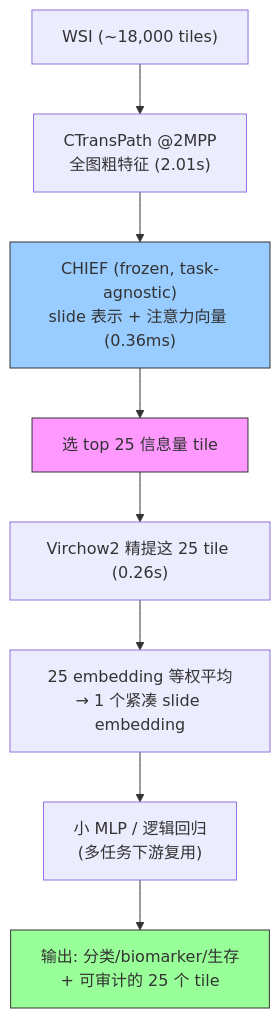
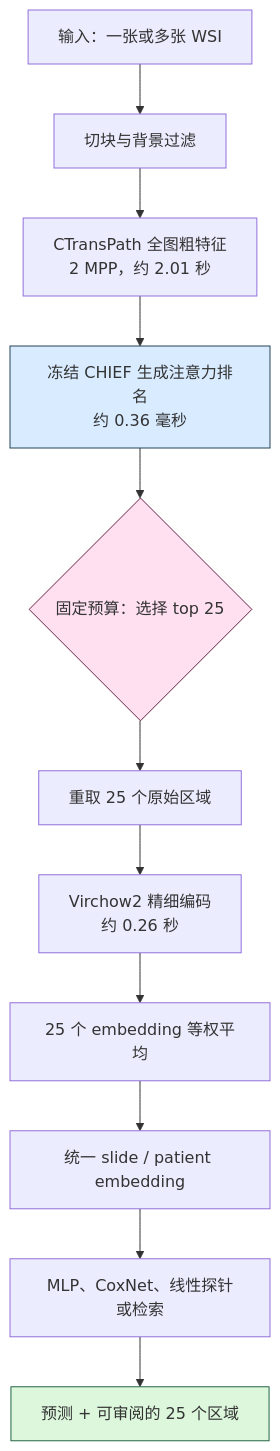
One commit to Haohaha-11/Paper-Reading-form-Eason changed the diagram in topics/ReadySlideBenchmark/[Nat Commun 2026] EAGLE/README.md. Above: the diagram before and after it, drawn with Mermaid. The commit also changed other lines of this file and 11 other files, not shown here.

````diff
--- a/topics/ReadySlideBenchmark/[Nat Commun 2026] EAGLE/README.md
+++ b/topics/ReadySlideBenchmark/[Nat Commun 2026] EAGLE/README.md
@@ -43,13 +54,16 @@
 ```mermaid
 flowchart TD
-    A["WSI (~18,000 tiles)"] --> B["CTransPath @2MPP<br/>全图粗特征 (2.01s)"]
-    B --> C["CHIEF (frozen, task-agnostic)<br/>slide 表示 + 注意力向量 (0.36ms)"]
-    C --> D["选 top 25 信息量 tile"]
-    D --> E["Virchow2 精提这 25 tile (0.26s)"]
-    E --> F["25 embedding 等权平均<br/>→ 1 个紧凑 slide embedding"]
-    F --> G["小 MLP / 逻辑回归<br/>(多任务下游复用)"]
-    G --> H["输出: 分类/biomarker/生存<br/>+ 可审计的 25 个 tile"]
-    style C fill:#9cf,stroke:#333
-    style D fill:#f9f,stroke:#333
-    style H fill:#9f9,stroke:#333
+    A["输入：一张或多张 WSI"] --> B["切块与背景过滤"]
+    B --> C["CTransPath 全图粗特征<br/>2 MPP，约 2.01 秒"]
+    C --> D["冻结 CHIEF 生成注意力排名<br/>约 0.36 毫秒"]
+    D --> E{"固定预算：选择 top 25"}
+    E --> F["重取 25 个原始区域"]
+    F --> G["Virchow2 精细编码<br/>约 0.26 秒"]
+    G --> H["25 个 embedding 等权平均"]
+    H --> I["统一 slide / patient embedding"]
+    I --> J["MLP、CoxNet、线性探针或检索"]
+    J --> K["预测 + 可审阅的 25 个区域"]
+    style D fill:#d9ecff,stroke:#245
+    style E fill:#ffe0f0,stroke:#624
+    style K fill:#dcf7dc,stroke:#264
 ```
````
